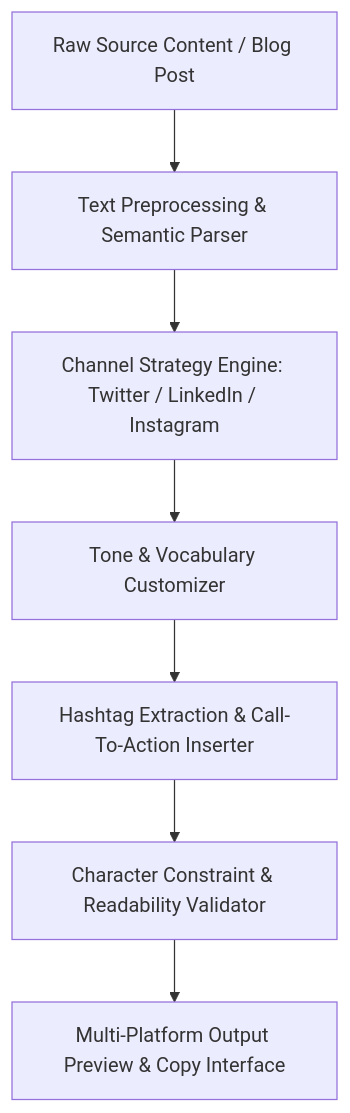
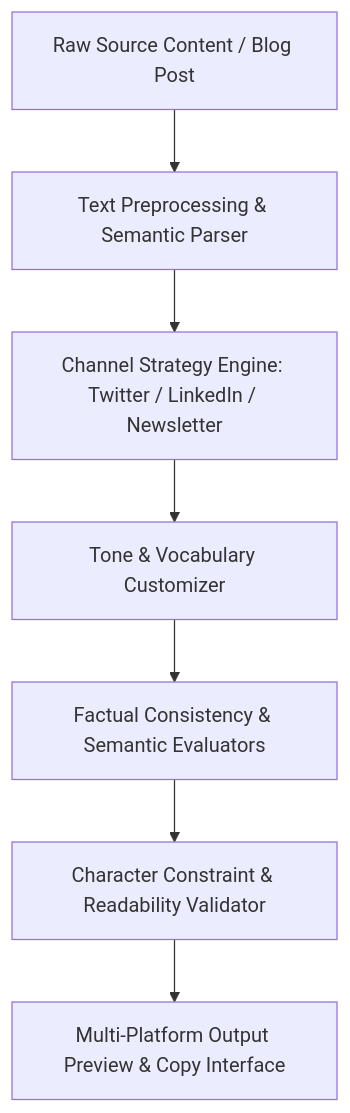
One commit to sohailahmed-bsrh/social-media-content-rewriter changed the diagram in README.md. Above: the diagram before and after it, drawn with Mermaid. The commit also changed other lines of this file, not shown here.

````diff
--- a/README.md
+++ b/README.md
@@ -78,9 +80,9 @@
 ```mermaid
 flowchart TD
     A[Raw Source Content / Blog Post] --> B[Text Preprocessing & Semantic Parser]
-    B --> C[Channel Strategy Engine: Twitter / LinkedIn / Instagram]
+    B --> C[Channel Strategy Engine: Twitter / LinkedIn / Newsletter]
     C --> D[Tone & Vocabulary Customizer]
-    D --> E[Hashtag Extraction & Call-To-Action Inserter]
+    D --> E[Factual Consistency & Semantic Evaluators]
     E --> F[Character Constraint & Readability Validator]
     F --> G[Multi-Platform Output Preview & Copy Interface]
 ```
````
